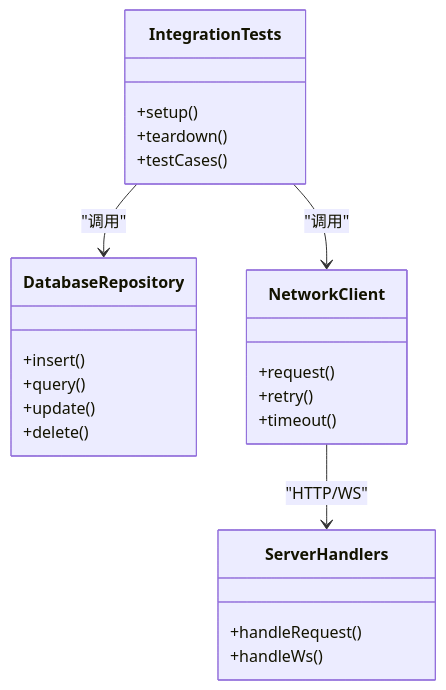
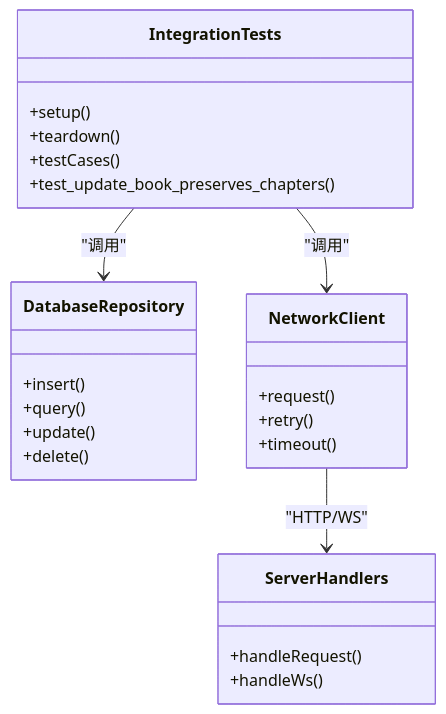
Before and after one commit to ZhangGHGitHub/LegadoTeamFlutter: the fifth of 6 diagrams in .qoder/repowiki/zh/content/开发指南/测试策略/集成测试.md, drawn with Mermaid. The commit also changed other lines of this file and 173 other files, not shown here.

````diff
--- a/.qoder/repowiki/zh/content/开发指南/测试策略/集成测试.md
+++ b/.qoder/repowiki/zh/content/开发指南/测试策略/集成测试.md
@@ -220,26 +233,27 @@
 ```mermaid
 classDiagram
 class DatabaseRepository {
 +insert()
 +query()
 +update()
 +delete()
 }
 class NetworkClient {
 +request()
 +retry()
 +timeout()
 }
 class ServerHandlers {
 +handleRequest()
 +handleWs()
 }
 class IntegrationTests {
 +setup()
 +teardown()
 +testCases()
++test_update_book_preserves_chapters()
 }
 IntegrationTests --> DatabaseRepository : "调用"
 IntegrationTests --> NetworkClient : "调用"
 NetworkClient --> ServerHandlers : "HTTP/WS"
 ```
````
